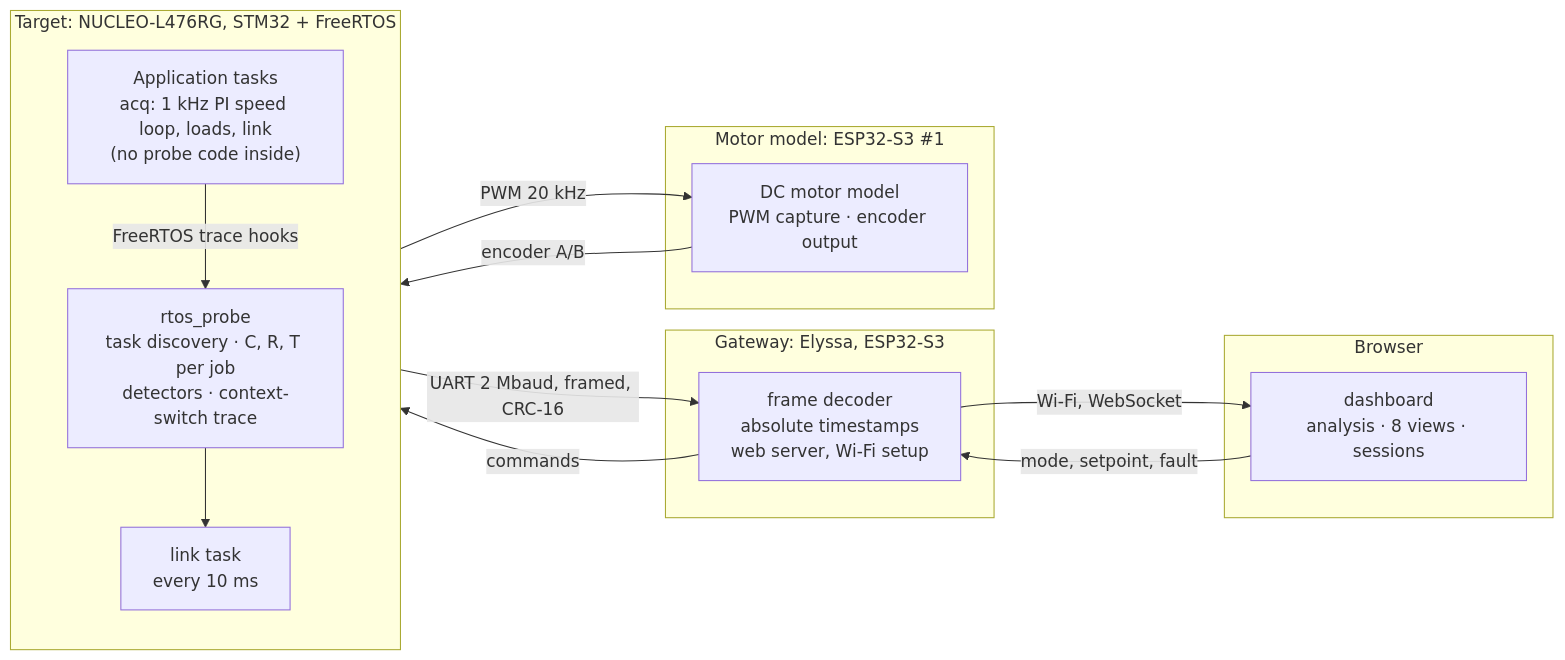
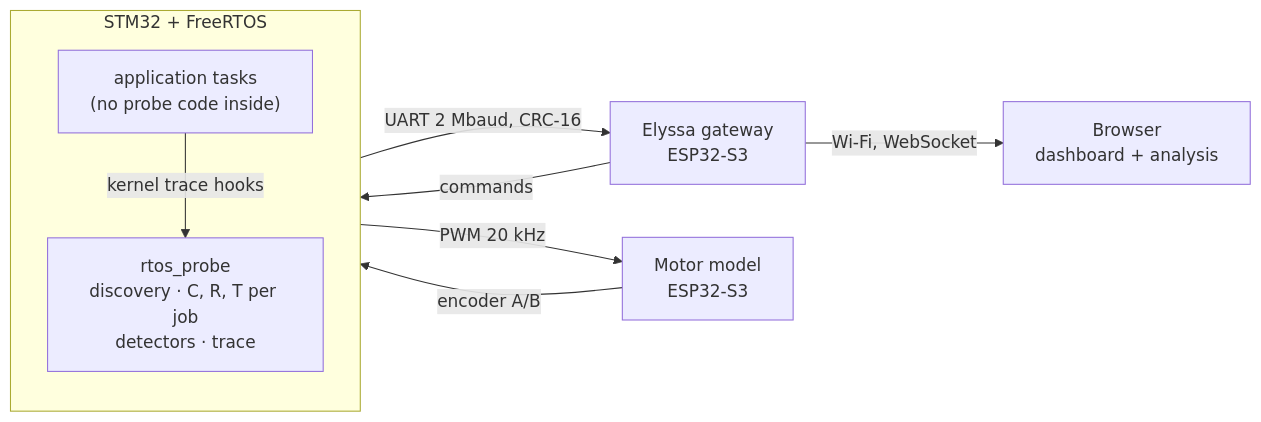
Before and after one commit to yassinechouk/Freertos-inspector: the diagram in README.md, drawn with Mermaid. The commit also changed other lines of this file and 5 other files, not shown here.

Commit message:
README: shorter and ready to show (5 pictures, one diagram, key results); wiring diagram moved to HARDWARE.md

````diff
--- a/README.md
+++ b/README.md
@@ -88,25 +44,17 @@
 ```mermaid
 flowchart LR
-  subgraph TGT["Target: NUCLEO-L476RG, STM32 + FreeRTOS"]
+  subgraph TGT["STM32 + FreeRTOS"]
     direction TB
-    APP["Application tasks<br/>acq: 1 kHz PI speed loop, loads, link<br/>(no probe code inside)"]
-    PRB["rtos_probe<br/>task discovery · C, R, T per job<br/>detectors · context-switch trace"]
-    LNK["link task<br/>every 10 ms"]
-    APP -- "FreeRTOS trace hooks" --> PRB --> LNK
+    APP["application tasks<br/>(no probe code inside)"]
+    PRB["rtos_probe<br/>discovery · C, R, T per job<br/>detectors · trace"]
+    APP -- "kernel trace hooks" --> PRB
   end
-  subgraph GW["Gateway: Elyssa, ESP32-S3"]
-    DEC["frame decoder<br/>absolute timestamps<br/>web server, Wi-Fi setup"]
-  end
-  subgraph BR["Browser"]
-    DASH["dashboard<br/>analysis · 8 views · sessions"]
-  end
-  subgraph PLANT["Motor model: ESP32-S3 #1"]
-    MOT["DC motor model<br/>PWM capture · encoder output"]
-  end
-  LNK -- "UART 2 Mbaud, framed, CRC-16" --> DEC
-  DEC -- "commands" --> LNK
-  DEC -- "Wi-Fi, WebSocket" --> DASH
-  DASH -- "mode, setpoint, fault" --> DEC
+  GW["Elyssa gateway<br/>ESP32-S3"]
+  BR["Browser<br/>dashboard + analysis"]
+  MOT["Motor model<br/>ESP32-S3"]
+  PRB -- "UART 2 Mbaud, CRC-16" --> GW
+  GW -- "commands" --> PRB
+  GW -- "Wi-Fi, WebSocket" --> BR
   APP -- "PWM 20 kHz" --> MOT
   MOT -- "encoder A/B" --> APP
 ```
````
